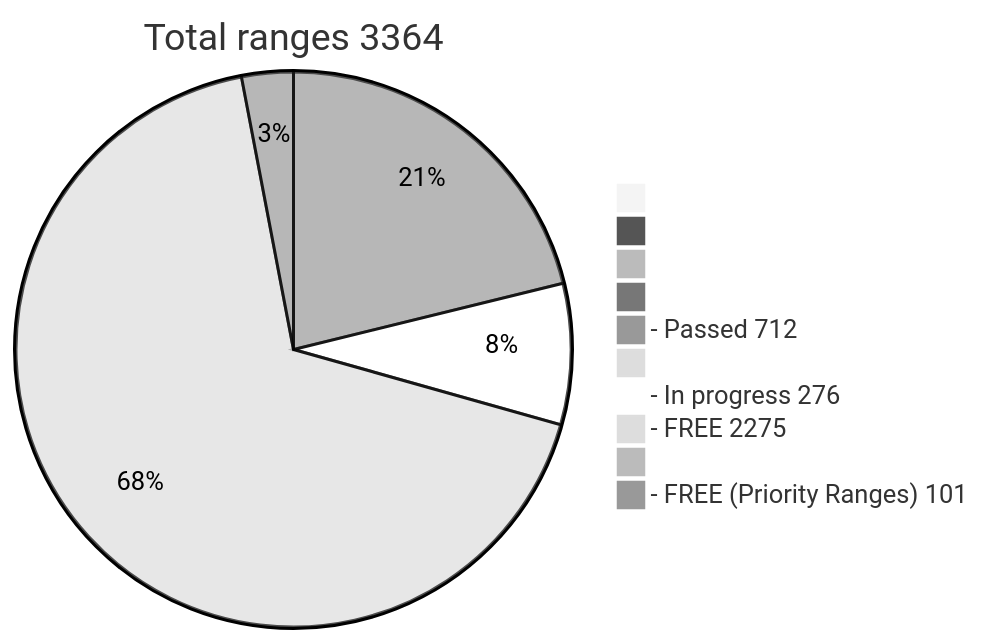
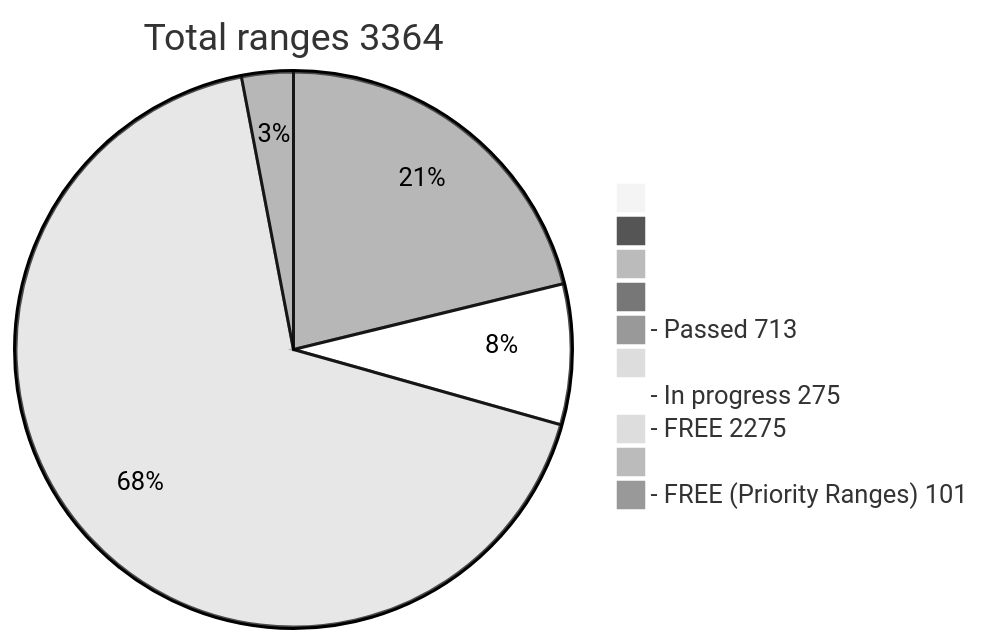
One commit to phrutis/wif500 changed the diagram in README.md. Above: the diagram before and after it, drawn with Mermaid (neutral theme).

````diff
--- a/README.md
+++ b/README.md
@@ -16,13 +16,13 @@
 ```mermaid
 pie title Total ranges 3364
              " " : 0
             "  " : 0
            "   " : 0
           "    " : 0
-  "- Passed 712" : 712
+  "- Passed 713" : 713
          "     " : 0
-  "- In progress 276" : 276
+  "- In progress 275" : 275
    "- FREE 2275" : 2275
         "      " : 0
   "- FREE (Priority Ranges) 101" : 101
 ```
````
